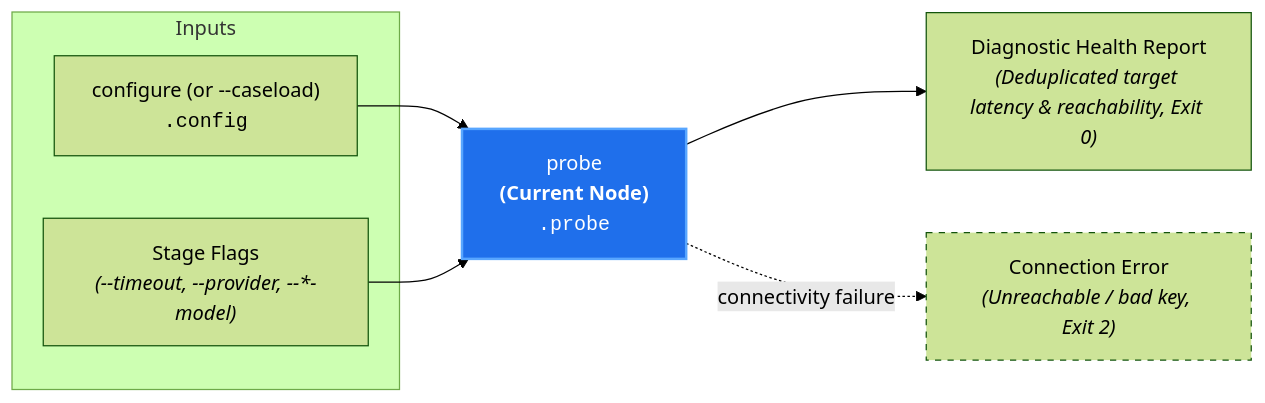
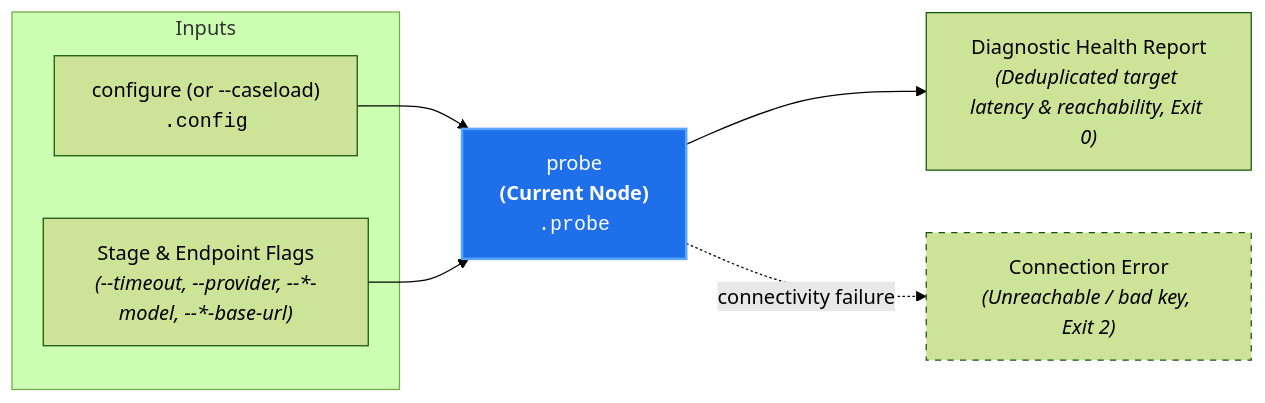
The diagram in docs/architecture/nodes/probe.md (PAIR-code/canon-clerk), drawn with Mermaid (forest theme) before and after one commit. The commit also changed other lines of this file and 31 other files, not shown here.

First line of the commit message:
feat(spec,configuration,core,cli,readme): unify protocol driver registry, baseUrl overrides, and custom provider profiles (#335) (#340)

````diff
--- a/docs/architecture/nodes/probe.md
+++ b/docs/architecture/nodes/probe.md
@@ -21,16 +21,16 @@
 ```mermaid
 flowchart LR
     subgraph Inputs["Inputs"]
         Config["configure (or --caseload)<br/><code>.config</code>"]
-        Params["Stage Flags<br/><i>(--timeout, --provider, --*-model)</i>"]
+        Params["Stage & Endpoint Flags<br/><i>(--timeout, --provider, --*-model, --*-base-url)</i>"]
     end
 
     Config --> Probe["probe<br/><b>(Current Node)</b><br/><code>.probe</code>"]
     Params --> Probe
 
     Probe --> Report["Diagnostic Health Report<br/><i>(Deduplicated target latency & reachability, Exit 0)</i>"]
     Probe -. "connectivity failure" .-> Failure["Connection Error<br/><i>(Unreachable / bad key, Exit 2)</i>"]
 
     style Probe fill:#1f6feb,stroke:#58a6ff,stroke-width:2px,color:#fff
     style Failure stroke-dasharray: 5 5
 ```
````
